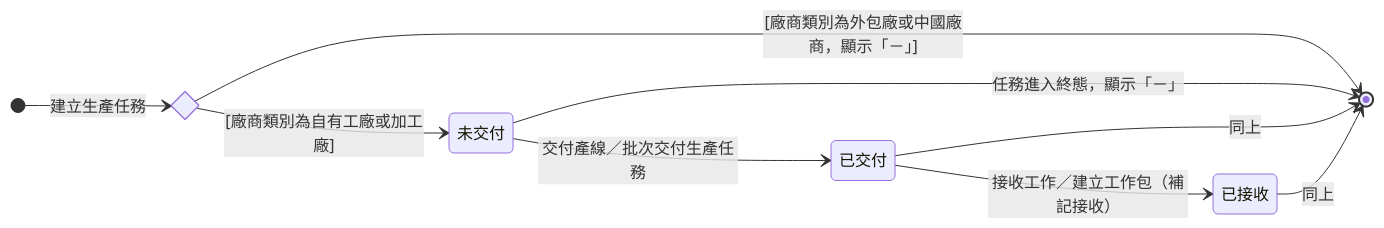
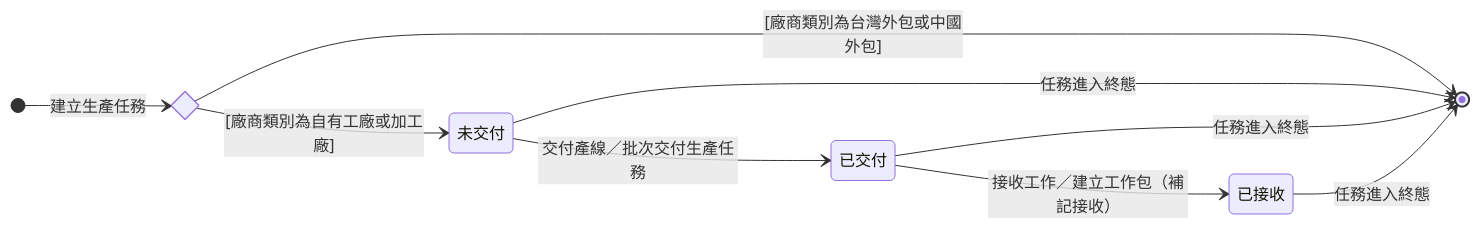
Before and after one commit to Kawato-Miles/erp-spec: the diagram in memory/Sens_wiki/wiki/erp/06-state-machines/生產任務交付狀態.md, drawn with Mermaid. The commit also changed other lines of this file and 124 other files, not shown here.

````diff
--- a/memory/Sens_wiki/wiki/erp/06-state-machines/生產任務交付狀態.md
+++ b/memory/Sens_wiki/wiki/erp/06-state-machines/生產任務交付狀態.md
@@ -53,20 +53,20 @@
 ```mermaid
 stateDiagram-v2
     direction LR
 
     state c_init <<choice>>
     [*] --> c_init : 建立生產任務
 
     state "未交付" as d_none
     state "已交付" as d_delivered
     state "已接收" as d_received
 
     c_init --> d_none : [廠商類別為自有工廠或加工廠]
-    c_init --> [*] : [廠商類別為外包廠或中國廠商，顯示「－」]
+    c_init --> [*] : [廠商類別為台灣外包或中國外包]
     d_none --> d_delivered : 交付產線／批次交付生產任務
     d_delivered --> d_received : 接收工作／建立工作包（補記接收）
 
-    d_none --> [*] : 任務進入終態，顯示「－」
-    d_delivered --> [*] : 同上
-    d_received --> [*] : 同上
+    d_none --> [*] : 任務進入終態
+    d_delivered --> [*] : 任務進入終態
+    d_received --> [*] : 任務進入終態
 ```
````
